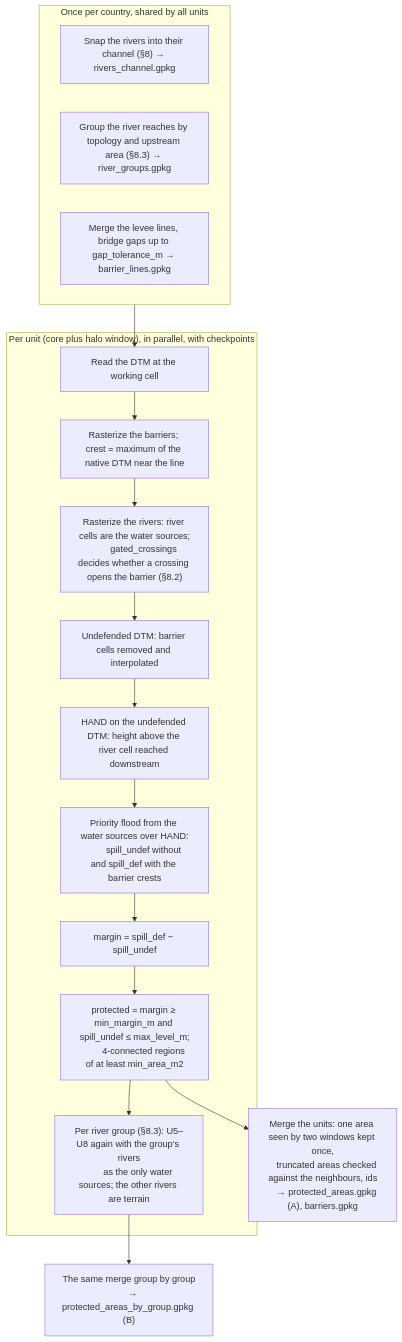
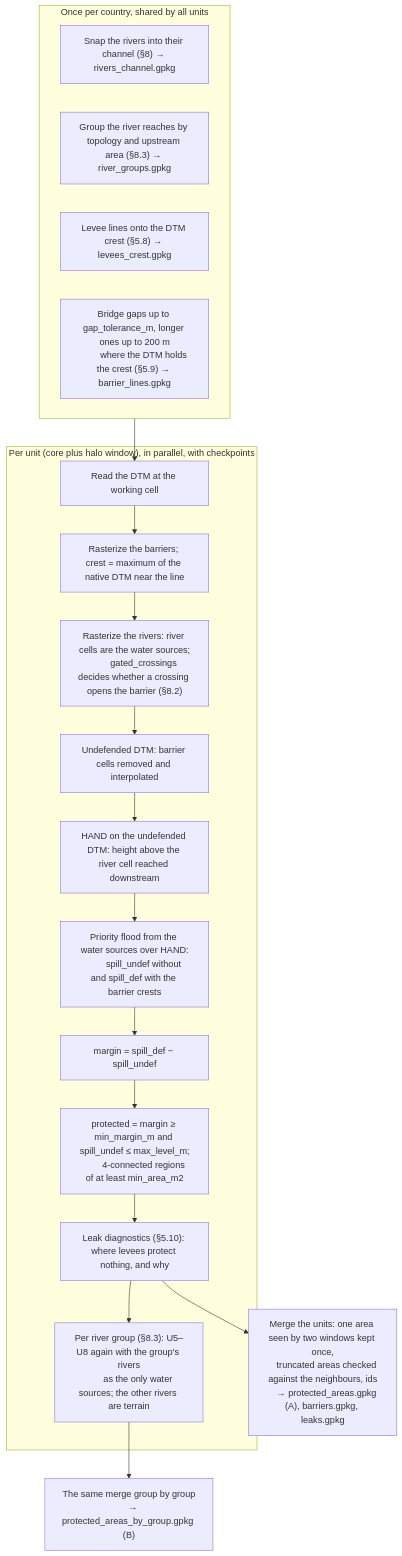
One commit to zapletalj-cze/flood_defenses changed the second of 5 diagrams in README.md. Above: the diagram before and after it, drawn with Mermaid. The commit also changed other lines of this file and 7 other files, not shown here.

````diff
--- a/README.md
+++ b/README.md
@@ -403,30 +408,33 @@
 ```mermaid
 flowchart TD
     subgraph C["Once per country, shared by all units"]
         S1["Snap the rivers into their channel (§8) → rivers_channel.gpkg"]
         S3["Group the river reaches by topology and upstream area (§8.3) → river_groups.gpkg"]
-        S2["Merge the levee lines, bridge gaps up to gap_tolerance_m → barrier_lines.gpkg"]
+        S4["Levee lines onto the DTM crest (§5.8) → levees_crest.gpkg"]
+        S2["Bridge gaps up to gap_tolerance_m, longer ones up to 200 m
+        where the DTM holds the crest (§5.9) → barrier_lines.gpkg"]
     end
     subgraph U["Per unit (core plus halo window), in parallel, with checkpoints"]
         U1["Read the DTM at the working cell"]
         U2["Rasterize the barriers; crest = maximum of the native DTM near the line"]
         U3["Rasterize the rivers: river cells are the water sources;
         gated_crossings decides whether a crossing opens the barrier (§8.2)"]
         U4["Undefended DTM: barrier cells removed and interpolated"]
         U5["HAND on the undefended DTM: height above the river cell reached downstream"]
         U6["Priority flood from the water sources over HAND:
         spill_undef without and spill_def with the barrier crests"]
         U7["margin = spill_def − spill_undef"]
         U8["protected = margin ≥ min_margin_m and spill_undef ≤ max_level_m;
         4-connected regions of at least min_area_m2"]
+        UL["Leak diagnostics (§5.10): where levees protect nothing, and why"]
         U9["Per river group (§8.3): U5–U8 again with the group's rivers
         as the only water sources; the other rivers are terrain"]
     end
     M["Merge the units: one area seen by two windows kept once,
     truncated areas checked against the neighbours, ids
-    → protected_areas.gpkg (A), barriers.gpkg"]
+    → protected_areas.gpkg (A), barriers.gpkg, leaks.gpkg"]
     MB["The same merge group by group
     → protected_areas_by_group.gpkg (B)"]
-    C --> U1 --> U2 --> U3 --> U4 --> U5 --> U6 --> U7 --> U8 --> M
-    U8 --> U9 --> MB
+    C --> U1 --> U2 --> U3 --> U4 --> U5 --> U6 --> U7 --> U8 --> UL --> M
+    UL --> U9 --> MB
 ```
````
